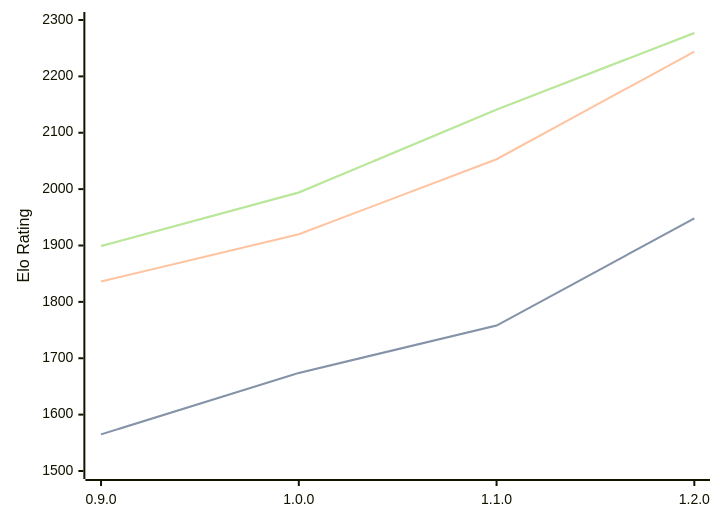
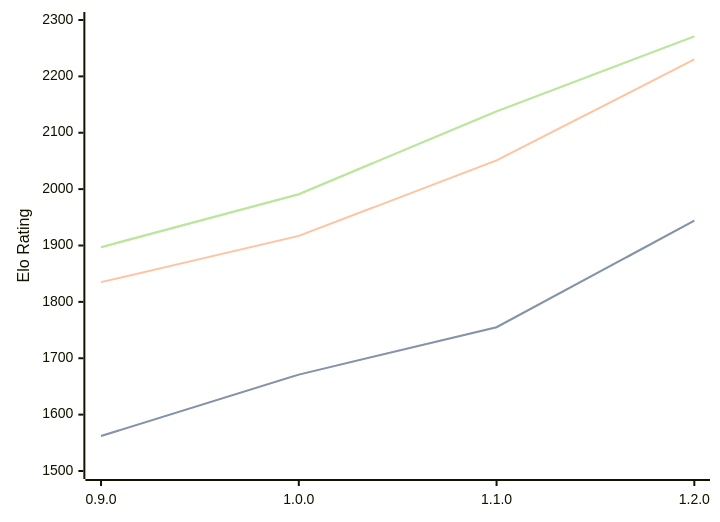
Before and after one commit to computer-chess-index/cci: the diagram in engines/Ratsu.md, drawn with Mermaid. The commit also changed other lines of this file, not shown here.

Commit message:
Update CCI Ratings (ELO VLTC) - 2026-05-18

````diff
--- a/engines/Ratsu.md
+++ b/engines/Ratsu.md
@@ -34,11 +34,11 @@
 ```mermaid
 %%{init: {"theme":"base","themeVariables":{"seriesColors:['#a3a3a3','#222221','#faa371']}}}%%
 xychart-beta
   x-axis ["0.9.0", "1.0.0", "1.1.0", "1.2.0"]
   y-axis "Elo Rating" 1500 --> 2300
-  line "STC (8.0+0.08s)" [1565, 1674, 1758, 1948]
-  line "STC (8.0+0.08s)" [1565, 1674, 1758, 1948]
-  line "LTC (60.0+0.60s)" [1836, 1920, 2053, 2244]
-  line "VLTC (2m24s+1.12s)" [1899, 1994, 2141, 2277]
-  line "VLTC (2m24s+1.12s)" [1899, 1994, 2141, 2277]
+  line "STC (8.0+0.08s)" [1562, 1671, 1755, 1944]
+  line "STC (8.0+0.08s)" [1562, 1671, 1755, 1944]
+  line "LTC (60.0+0.60s)" [1835, 1917, 2051, 2230]
+  line "VLTC (2m24s+1.12s)" [1897, 1991, 2138, 2271]
+  line "VLTC (2m24s+1.12s)" [1897, 1991, 2138, 2271]
 ```
````
